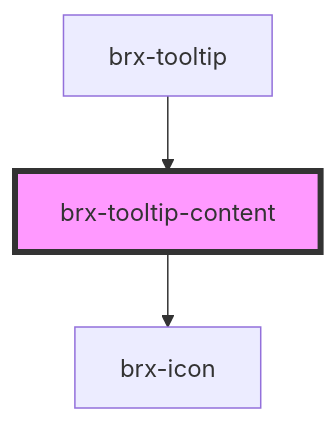
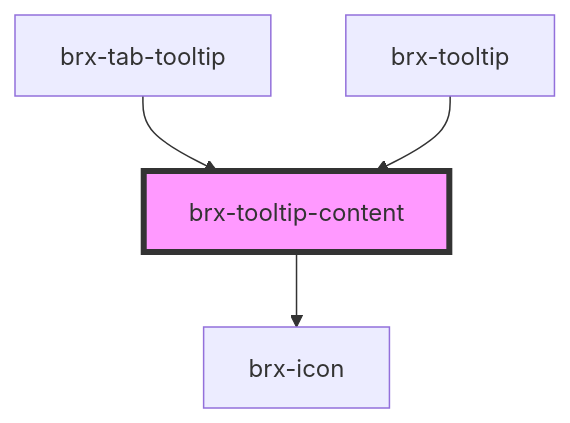
The diagram in packages/core/src/components/brx-tooltip-content/readme.md (copperui/copperui), drawn with Mermaid before and after one commit. The commit also changed other lines of this file and 34 other files, not shown here.

````diff
--- a/packages/core/src/components/brx-tooltip-content/readme.md
+++ b/packages/core/src/components/brx-tooltip-content/readme.md
@@ -26,6 +27,7 @@
 ```mermaid
 graph TD;
   brx-tooltip-content --> brx-icon
+  brx-tab-tooltip --> brx-tooltip-content
   brx-tooltip --> brx-tooltip-content
   style brx-tooltip-content fill:#f9f,stroke:#333,stroke-width:4px
 ```
````
